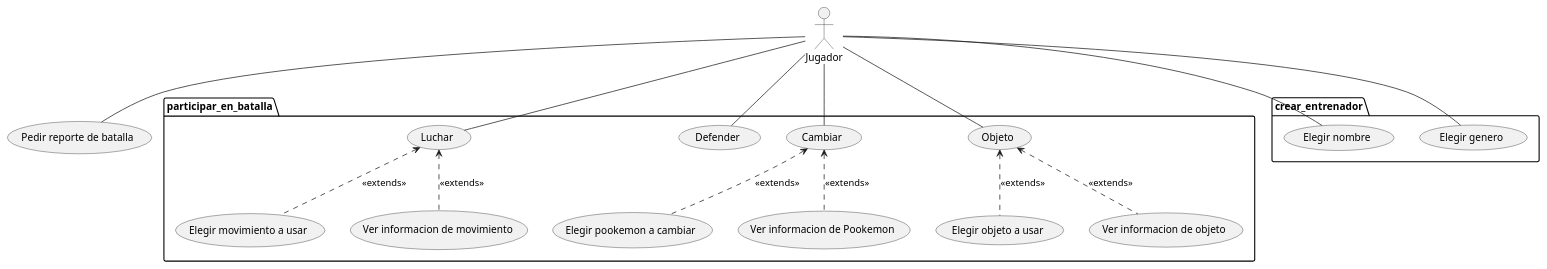
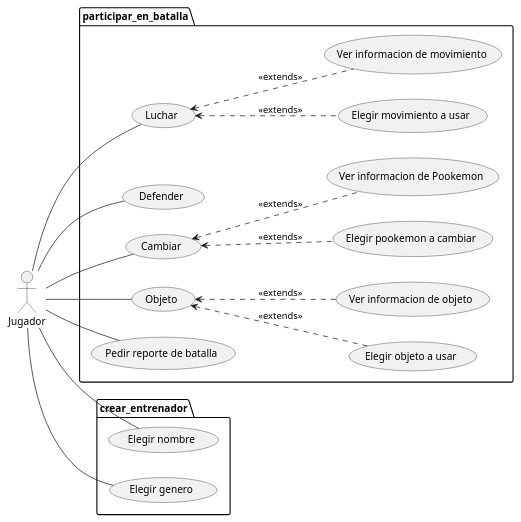
The diagram in 5 diagramas de casos de uso/Jugador.plantuml (Edmh1/Poo-Kemon-proyecto), drawn with PlantUML before and after one commit. The commit also changed 1 other file, not shown here.

```diff
--- a/5 diagramas de casos de uso/Jugador.plantuml
+++ b/5 diagramas de casos de uso/Jugador.plantuml
@@ -1,41 +1,41 @@
 @startuml Jugador
+
+left to right direction
 
 actor Jugador
 
 package participar_en_batalla{
     usecase "Luchar" as luc
     usecase "Defender" as def
     usecase "Cambiar" as cam 
     usecase "Objeto" as obj
     usecase "Elegir movimiento a usar" as eleMov
     usecase "Ver informacion de movimiento" as verInfMov
     usecase "Elegir pookemon a cambiar" as elePoo
     usecase "Ver informacion de Pookemon" as verInfPoo
     usecase "Elegir objeto a usar" as eleObj
     usecase "Ver informacion de objeto" as verInfObj
+    usecase "Pedir reporte de batalla" as pedRepBat
 }
 
 Jugador -- obj
 obj <.. eleObj: <<extends>>
 obj <.. verInfObj : <<extends>>
 Jugador -- cam
 cam <.. elePoo : <<extends>>
 cam <.. verInfPoo : <<extends>>
 Jugador -- luc
 luc <.. eleMov : <<extends>>
 luc <.. verInfMov : <<extends>>
 Jugador -- def
+Jugador -- pedRepBat
 
 package crear_entrenador{
     usecase "Elegir nombre" as eleNom
     usecase "Elegir genero" as eleGen
 }
 
 Jugador -- eleNom
 Jugador -- eleGen
 
-usecase "Pedir reporte de batalla" as pedRepBat
-
-Jugador -- pedRepBat
-
 @enduml
```
